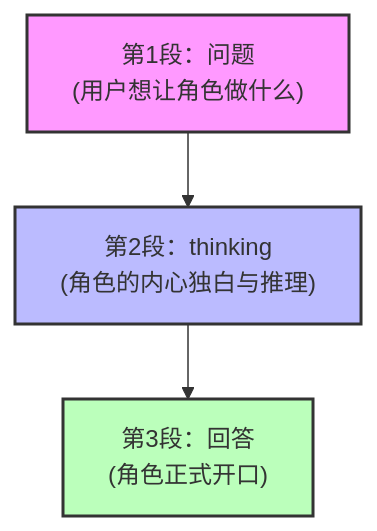
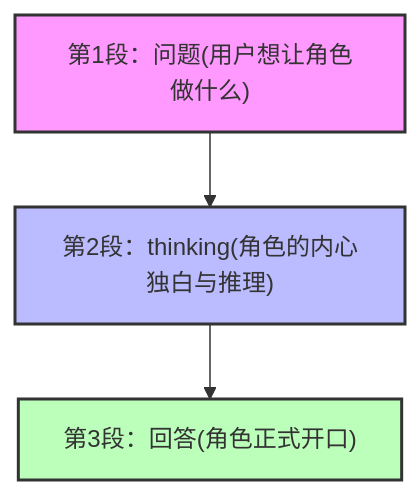
One commit to PhantasmAI/PromptMicroTune-Revolution changed the diagram in README.md. Above: the diagram before and after it, drawn with Mermaid.

````diff
--- a/README.md
+++ b/README.md
@@ -138,10 +138,10 @@
 ```mermaid
 flowchart TD
-    A["第1段：问题\n(用户想让角色做什么)"] --> B
-    B["第2段：thinking\n(角色的内心独白与推理)"] --> C
-    C["第3段：回答\n(角色正式开口)"]
+    A["第1段：问题(用户想让角色做什么)"] --> B
+    B["第2段：thinking(角色的内心独白与推理)"] --> C
+    C["第3段：回答(角色正式开口)"]
     
     style A fill:#f9f,stroke:#333,stroke-width:2px
     style B fill:#bbf,stroke:#333,stroke-width:2px
     style C fill:#bfb,stroke:#333,stroke-width:2px
 ```
````
